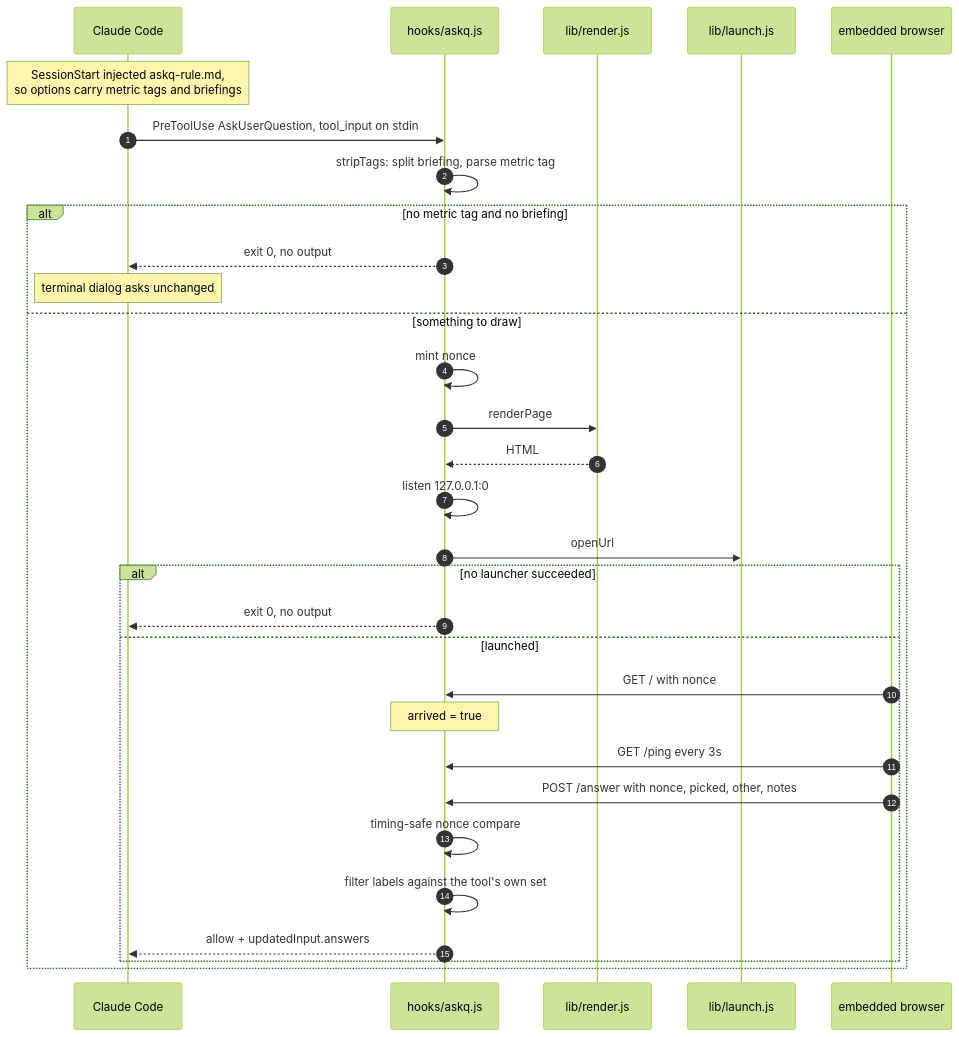
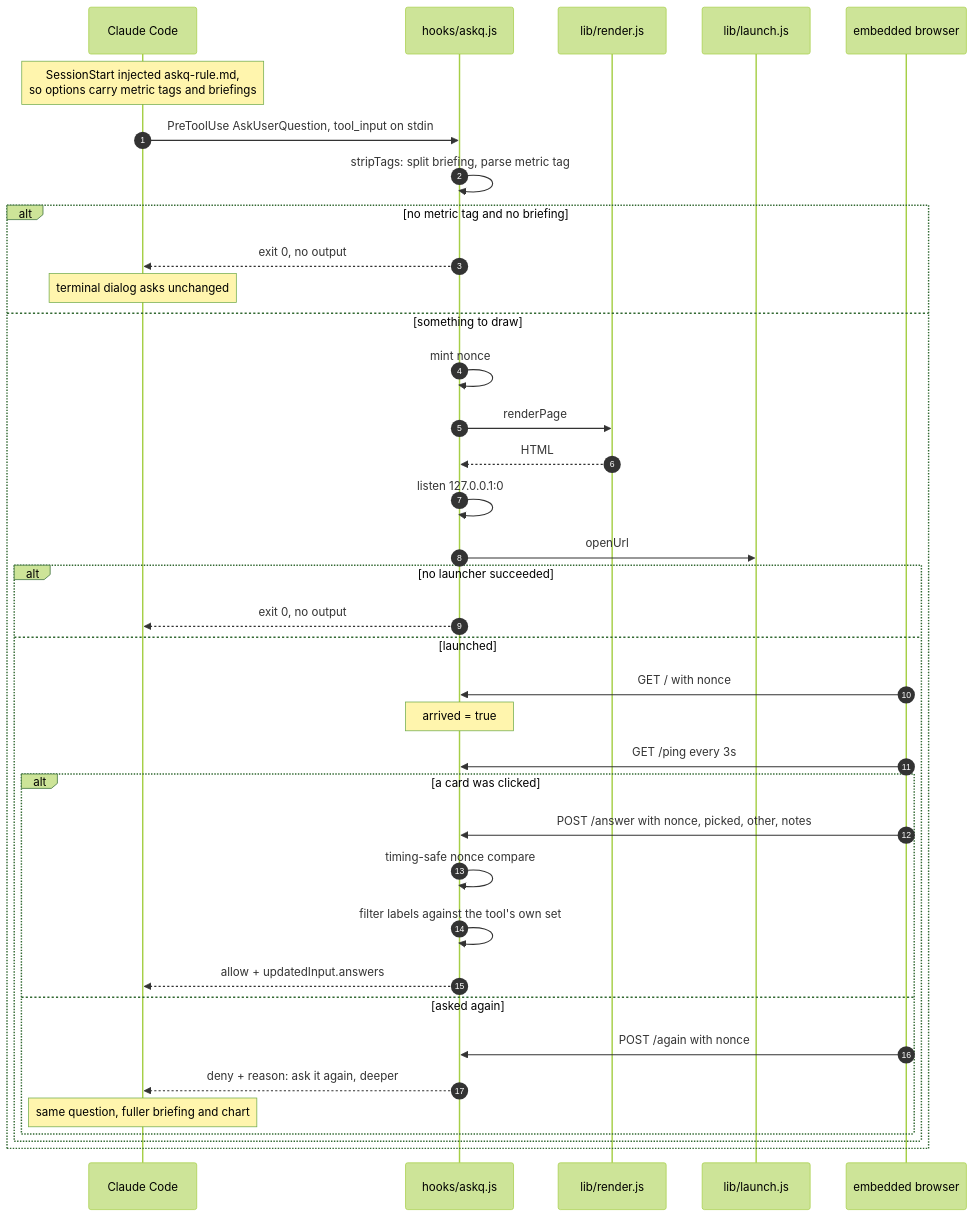
Before and after one commit to underw8/cc-visualq: the first of 3 diagrams in README.md, drawn with Mermaid (forest theme). The commit also changed other lines of this file and 8 other files, not shown here.

First line of the commit message:
feat: ask the question again, deeper, from the page

````diff
--- a/README.md
+++ b/README.md
@@ -45,34 +47,40 @@
 ```mermaid
 sequenceDiagram
     autonumber
     participant CC as Claude Code
     participant H as hooks/askq.js
     participant R as lib/render.js
     participant L as lib/launch.js
     participant B as embedded browser
 
     Note over CC: SessionStart injected askq-rule.md,<br/>so options carry metric tags and briefings
     CC->>H: PreToolUse AskUserQuestion, tool_input on stdin
     H->>H: stripTags: split briefing, parse metric tag
     alt no metric tag and no briefing
         H-->>CC: exit 0, no output
         Note over CC: terminal dialog asks unchanged
     else something to draw
         H->>H: mint nonce
         H->>R: renderPage
         R-->>H: HTML
         H->>H: listen 127.0.0.1:0
         H->>L: openUrl
         alt no launcher succeeded
             H-->>CC: exit 0, no output
         else launched
             B->>H: GET / with nonce
             Note over H: arrived = true
             B->>H: GET /ping every 3s
-            B->>H: POST /answer with nonce, picked, other, notes
-            H->>H: timing-safe nonce compare
-            H->>H: filter labels against the tool's own set
-            H-->>CC: allow + updatedInput.answers
+            alt a card was clicked
+                B->>H: POST /answer with nonce, picked, other, notes
+                H->>H: timing-safe nonce compare
+                H->>H: filter labels against the tool's own set
+                H-->>CC: allow + updatedInput.answers
+            else asked again
+                B->>H: POST /again with nonce
+                H-->>CC: deny + reason: ask it again, deeper
+                Note over CC: same question, fuller briefing and chart
+            end
         end
     end
 ```
````
